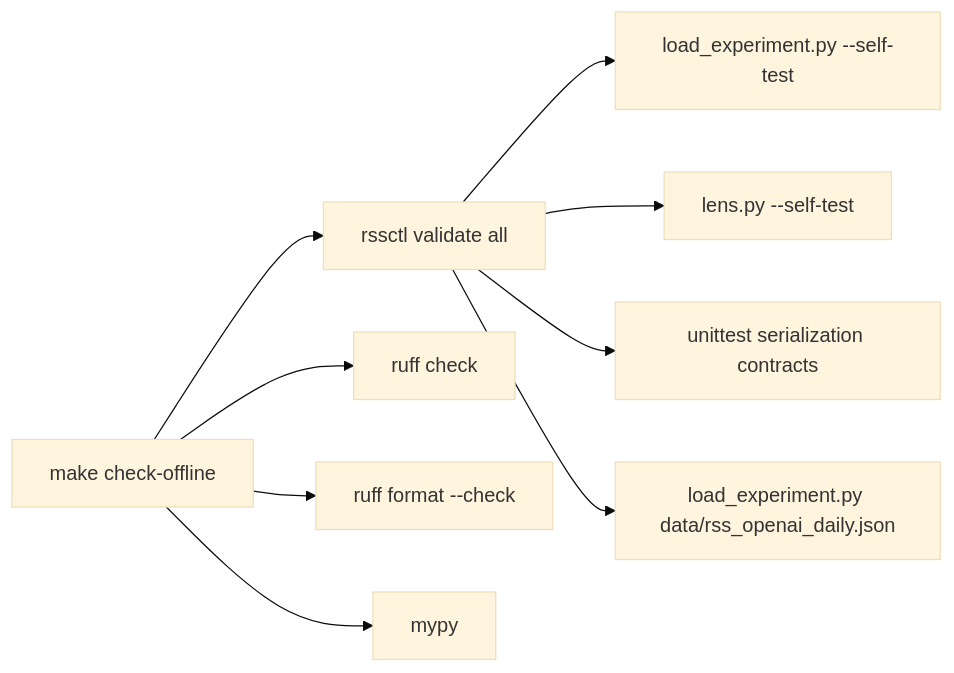
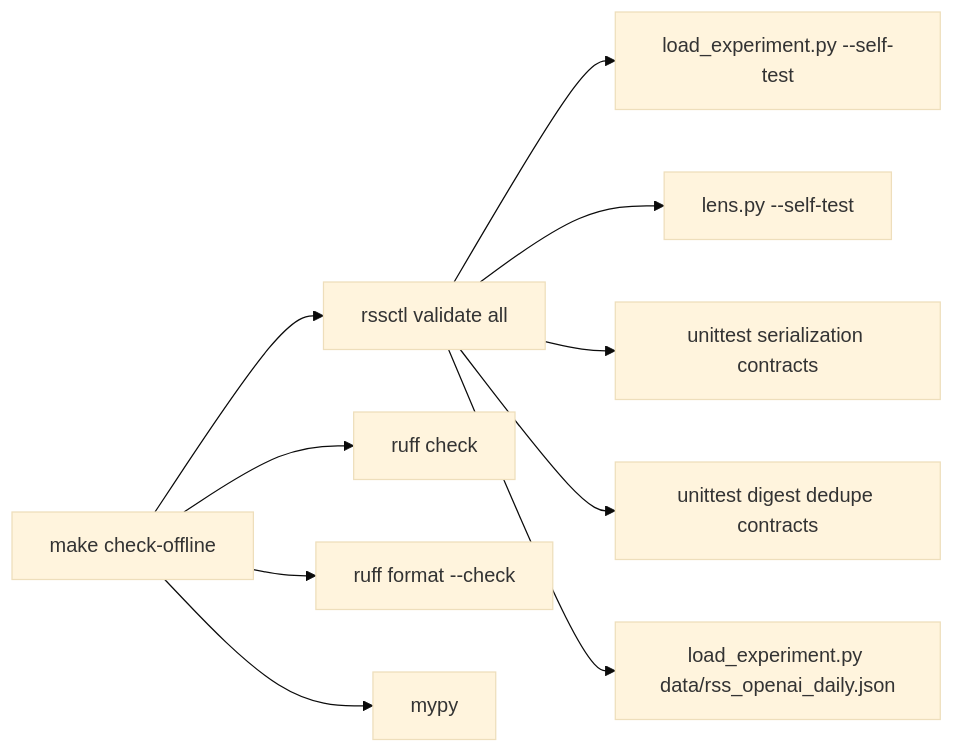
The third of 3 diagrams in workflow_diagram.md (Distinction-Projects/RSS_Feeds), drawn with Mermaid (base theme) before and after one commit. The commit also changed other lines of this file and 10 other files, not shown here.

````diff
--- a/workflow_diagram.md
+++ b/workflow_diagram.md
@@ -72,12 +78,13 @@
 ```mermaid
 flowchart LR
   Validate["rssctl validate all"] --> LoaderSelf["load_experiment.py --self-test"]
   Validate --> LensSelf["lens.py --self-test"]
   Validate --> Contracts["unittest serialization contracts"]
+  Validate --> DigestDedupe["unittest digest dedupe contracts"]
   Validate --> DigestParse["load_experiment.py data/rss_openai_daily.json"]
 
   MakeCheck["make check-offline"] --> Lint["ruff check"]
   MakeCheck --> Format["ruff format --check"]
   MakeCheck --> Type["mypy"]
   MakeCheck --> Validate
 ```
````
